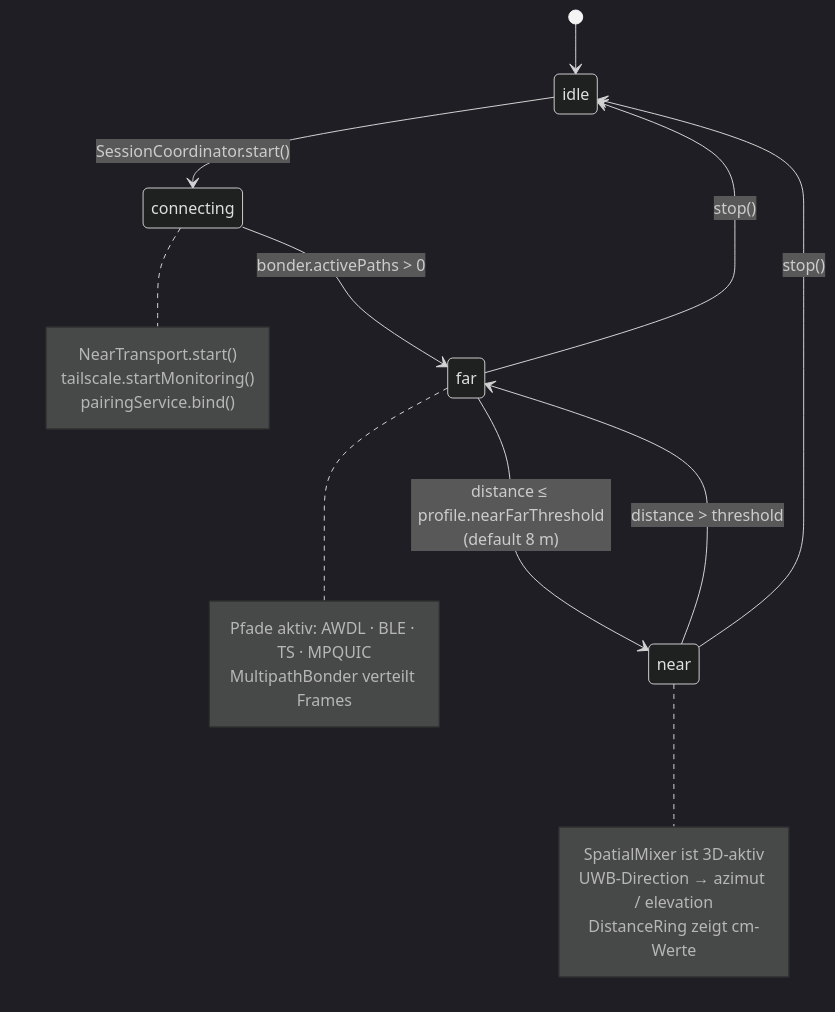
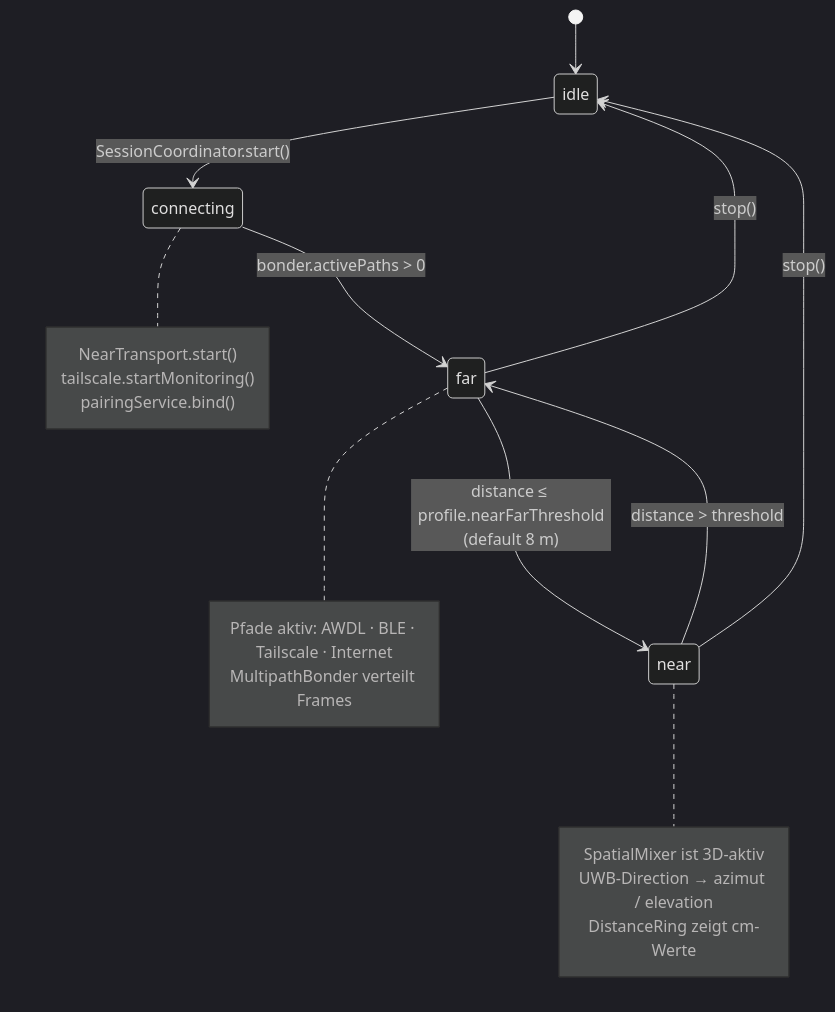
Before and after one commit to Martin-Hausleitner/Sonar: the third of 7 diagrams in README.md, drawn with Mermaid (dark theme). The commit also changed other lines of this file and 124 other files, not shown here.

````diff
--- a/README.md
+++ b/README.md
@@ -240,27 +239,27 @@
 ```mermaid
 stateDiagram-v2
     [*] --> idle
     idle --> connecting: SessionCoordinator.start()
     connecting --> far: bonder.activePaths > 0
     far --> near: distance ≤ profile.nearFarThreshold<br/>(default 8 m)
     near --> far: distance > threshold
     far --> idle: stop()
     near --> idle: stop()
 
     note right of connecting
       NearTransport.start()
       tailscale.startMonitoring()
       pairingService.bind()
     end note
 
     note right of far
-      Pfade aktiv: AWDL · BLE · TS · MPQUIC
+      Pfade aktiv: AWDL · BLE · Tailscale · Internet
       MultipathBonder verteilt Frames
     end note
 
     note right of near
       SpatialMixer ist 3D-aktiv
       UWB-Direction → azimut / elevation
       DistanceRing zeigt cm-Werte
     end note
 ```
````
